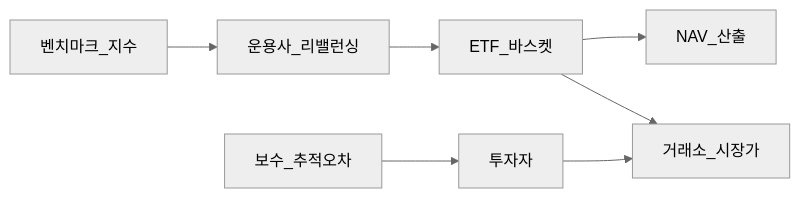
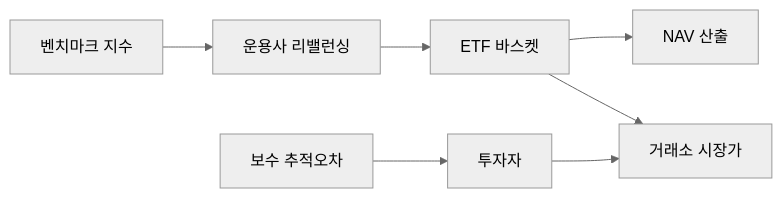
One commit to goldanghenry/Finances changed the first of 2 diagrams in 03-markets/etf-index-funds.md. Above: the diagram before and after it, drawn with Mermaid (neutral theme). The commit also changed other lines of this file and 211 other files, not shown here.

````diff
--- a/03-markets/etf-index-funds.md
+++ b/03-markets/etf-index-funds.md
@@ -116,9 +124,9 @@
 ```mermaid
 flowchart LR
-  Idx[벤치마크_지수] --> PM[운용사_리밸런싱]
-  PM --> ETF[ETF_바스켓]
-  ETF --> NAV[NAV_산출]
-  ETF --> Mkt[거래소_시장가]
+  Idx["벤치마크 지수"] --> PM["운용사 리밸런싱"]
+  PM --> ETF["ETF 바스켓"]
+  ETF --> NAV["NAV 산출"]
+  ETF --> Mkt["거래소 시장가"]
   Inv[투자자] --> Mkt
-  Fee[보수_추적오차] --> Inv
+  Fee["보수 추적오차"] --> Inv
 ```
````
